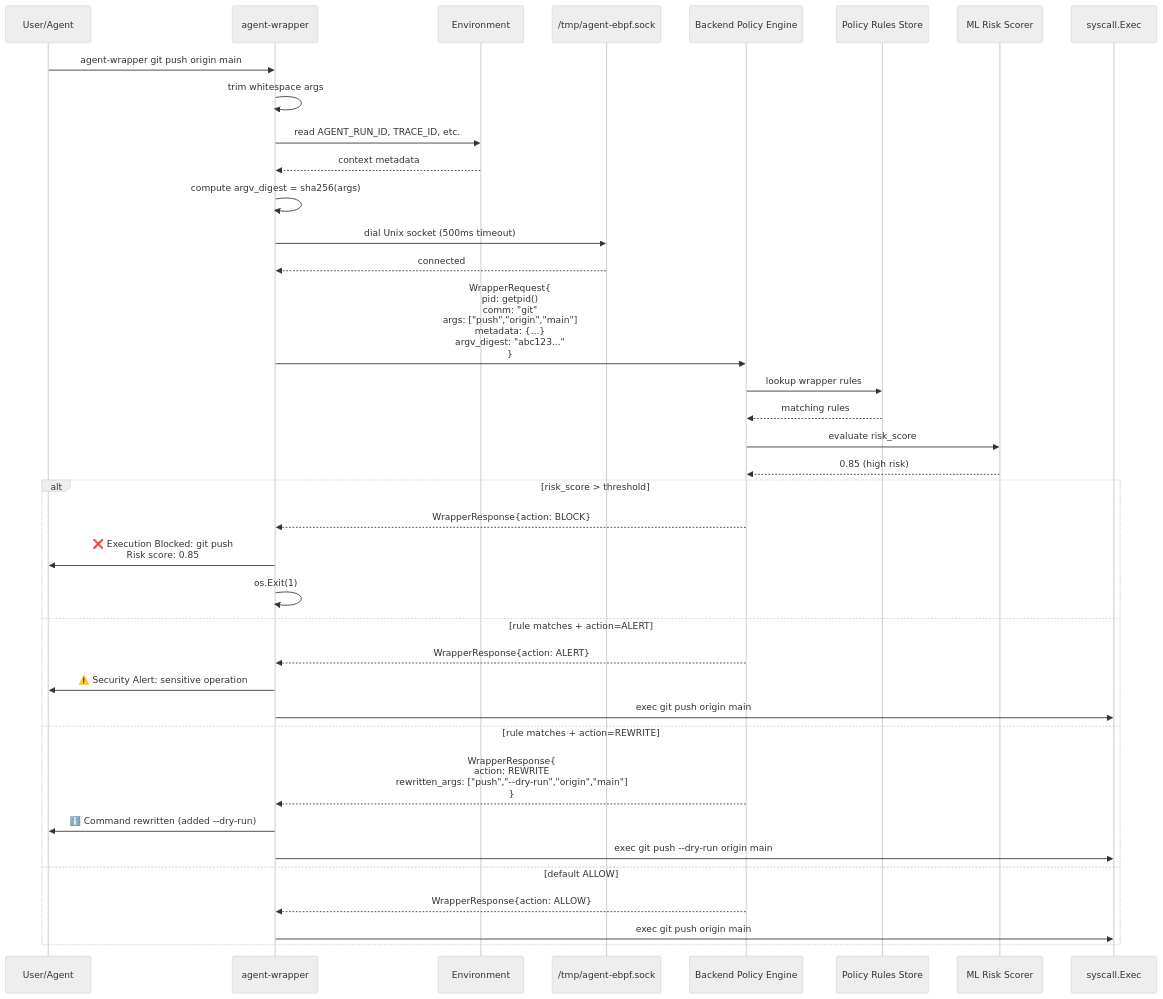
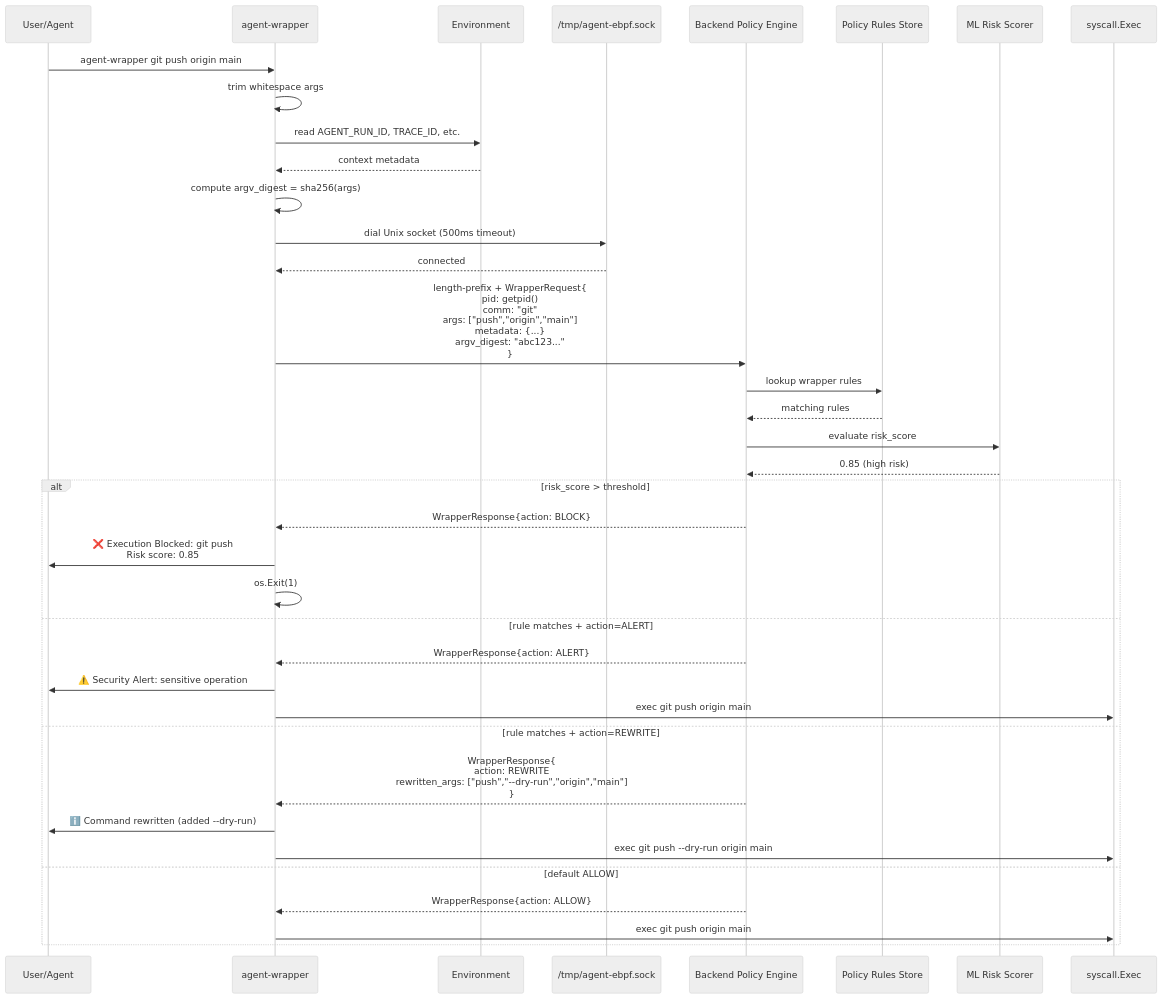
One commit to stevessr/agent-ebpf-filter changed the first of 3 diagrams in docs/integrations/wrapper.md. Above: the diagram before and after it, drawn with Mermaid (neutral theme). The commit also changed other lines of this file and 30 other files, not shown here.

````diff
--- a/docs/integrations/wrapper.md
+++ b/docs/integrations/wrapper.md
@@ -14,43 +14,43 @@
 ```mermaid
 sequenceDiagram
     participant User as User/Agent
     participant Wrapper as agent-wrapper
     participant Env as Environment
     participant UDS as /tmp/agent-ebpf.sock
     participant Backend as Backend Policy Engine
     participant Rules as Policy Rules Store
     participant ML as ML Risk Scorer
     participant Exec as syscall.Exec
     
     User->>Wrapper: agent-wrapper git push origin main
     Wrapper->>Wrapper: trim whitespace args
     Wrapper->>Env: read AGENT_RUN_ID, TRACE_ID, etc.
     Env-->>Wrapper: context metadata
     Wrapper->>Wrapper: compute argv_digest = sha256(args)
     
     Wrapper->>UDS: dial Unix socket (500ms timeout)
     UDS-->>Wrapper: connected
-    Wrapper->>Backend: WrapperRequest{<br/>  pid: getpid()<br/>  comm: "git"<br/>  args: ["push","origin","main"]<br/>  metadata: {...}<br/>  argv_digest: "abc123..."<br/>}
+    Wrapper->>Backend: length-prefix + WrapperRequest{<br/>  pid: getpid()<br/>  comm: "git"<br/>  args: ["push","origin","main"]<br/>  metadata: {...}<br/>  argv_digest: "abc123..."<br/>}
     
     Backend->>Rules: lookup wrapper rules
     Rules-->>Backend: matching rules
     Backend->>ML: evaluate risk_score
     ML-->>Backend: 0.85 (high risk)
     
     alt risk_score > threshold
         Backend-->>Wrapper: WrapperResponse{action: BLOCK}
         Wrapper->>User: ❌ Execution Blocked: git push<br/>Risk score: 0.85
         Wrapper->>Wrapper: os.Exit(1)
     else rule matches + action=ALERT
         Backend-->>Wrapper: WrapperResponse{action: ALERT}
         Wrapper->>User: ⚠️ Security Alert: sensitive operation
         Wrapper->>Exec: exec git push origin main
     else rule matches + action=REWRITE
         Backend-->>Wrapper: WrapperResponse{<br/>  action: REWRITE<br/>  rewritten_args: ["push","--dry-run","origin","main"]<br/>}
         Wrapper->>User: ℹ️ Command rewritten (added --dry-run)
         Wrapper->>Exec: exec git push --dry-run origin main
     else default ALLOW
         Backend-->>Wrapper: WrapperResponse{action: ALLOW}
         Wrapper->>Exec: exec git push origin main
     end
 ```
````
